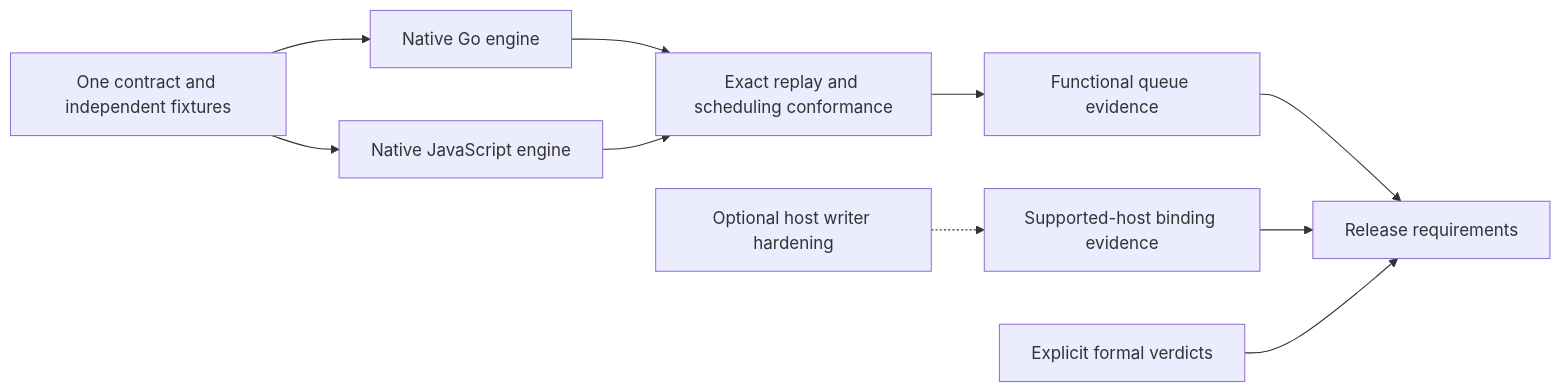
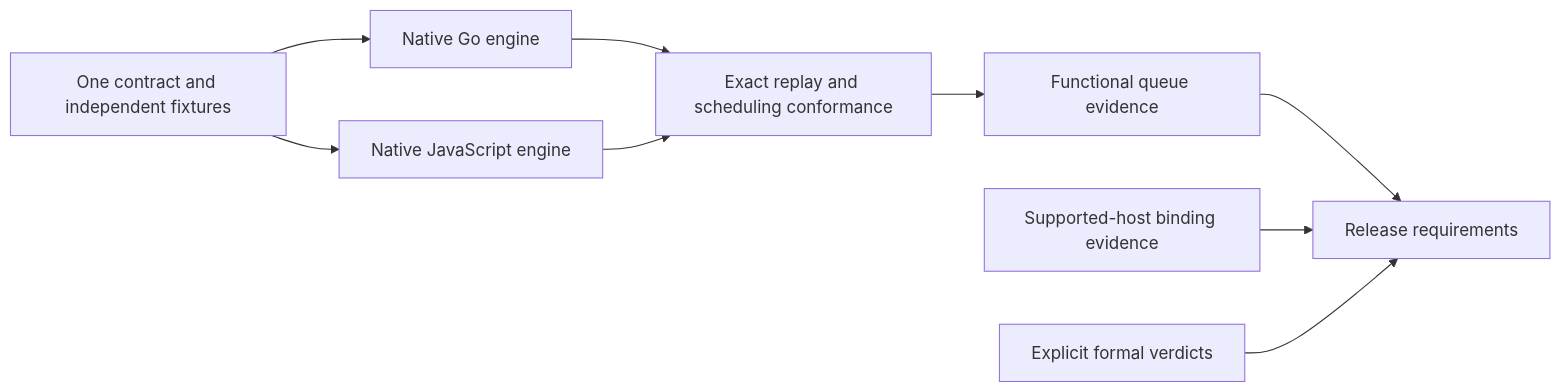
Before and after one commit to github/gh-aw: diagram 21 of 21 in docs/src/content/docs/specs/work-queue-specification.md, drawn with Mermaid. The commit also changed other lines of this file and 13 other files, not shown here.

````diff
--- a/docs/src/content/docs/specs/work-queue-specification.md
+++ b/docs/src/content/docs/specs/work-queue-specification.md
@@ -2759,12 +2754,11 @@
 ```mermaid
 flowchart LR
     Contract["One contract and independent fixtures"] --> Go["Native Go engine"]
     Contract --> JS["Native JavaScript engine"]
     Go --> Parity["Exact replay and scheduling conformance"]
     JS --> Parity
     Parity --> Functional["Functional queue evidence"]
     Functional --> Release["Release requirements"]
     Hosts["Supported-host binding evidence"] --> Release
     Formal["Explicit formal verdicts"] --> Release
-    Deployment["Optional host writer hardening"] -.-> Hosts
 ```
````
